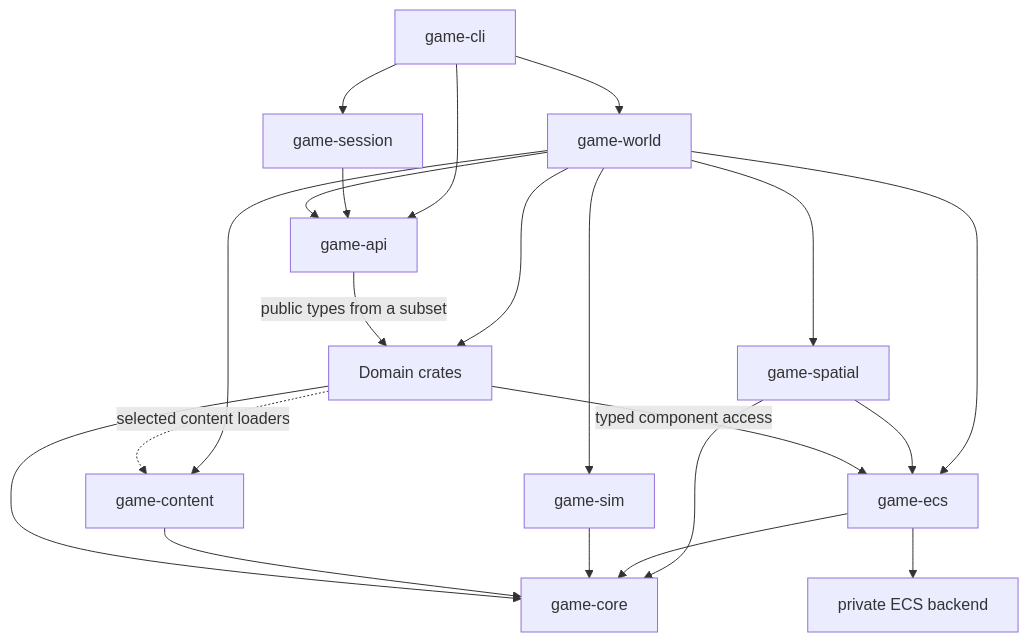
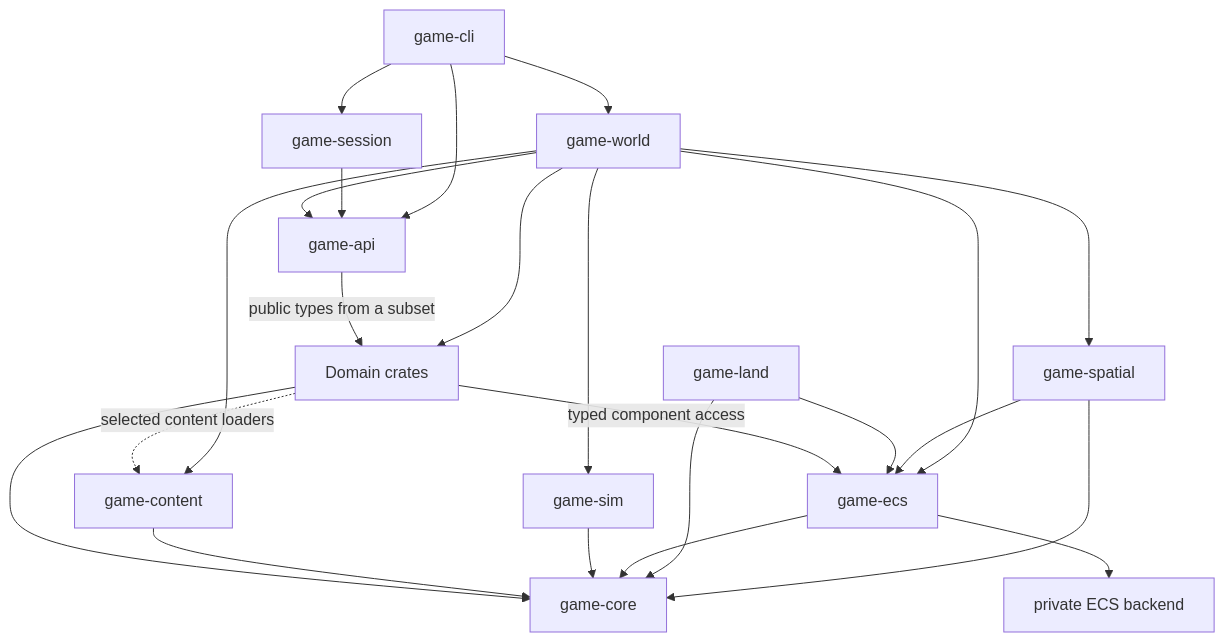
One commit to pmarathe25/Legacy changed the diagram in crates/README.md. Above: the diagram before and after it, drawn with Mermaid. The commit also changed other lines of this file and 20 other files, not shown here.

````diff
--- a/crates/README.md
+++ b/crates/README.md
@@ -9,23 +9,25 @@
 ```mermaid
 flowchart TD
     CLI[game-cli] --> Session[game-session]
     CLI --> World[game-world]
     CLI --> API[game-api]
     Session --> API
     World --> API
     World --> Sim[game-sim]
     World --> Content[game-content]
     World --> ECS
     World --> Spatial[game-spatial]
     Spatial --> ECS
     Spatial --> Core
+    Land[game-land] --> ECS
+    Land --> Core
     Domains -->|typed component access| ECS[game-ecs]
     ECS --> Core
     ECS --> Backend[private ECS backend]
     World --> Domains[Domain crates]
     API -->|public types from a subset| Domains
     Sim --> Core[game-core]
     Content --> Core
     Domains --> Core
     Domains -. selected content loaders .-> Content
 ```
````
